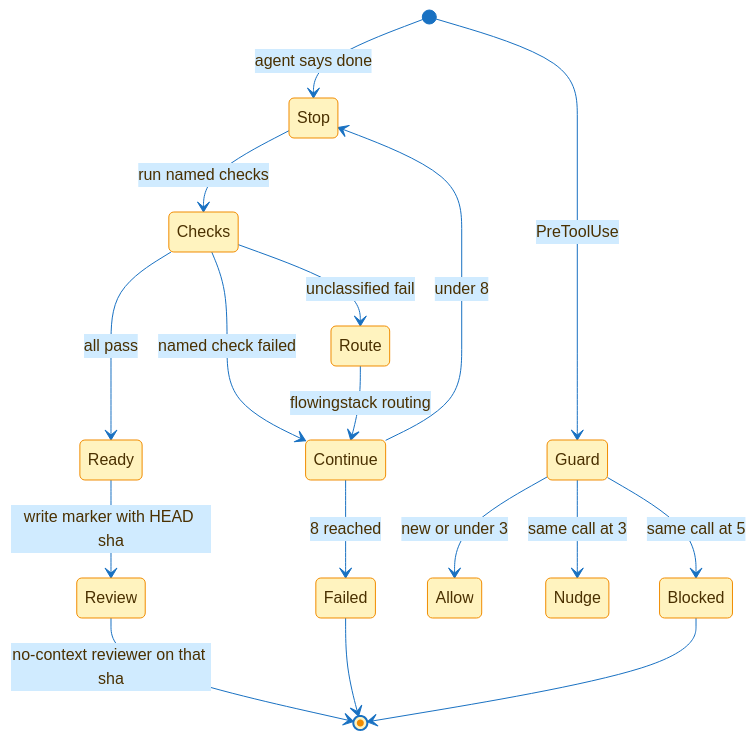
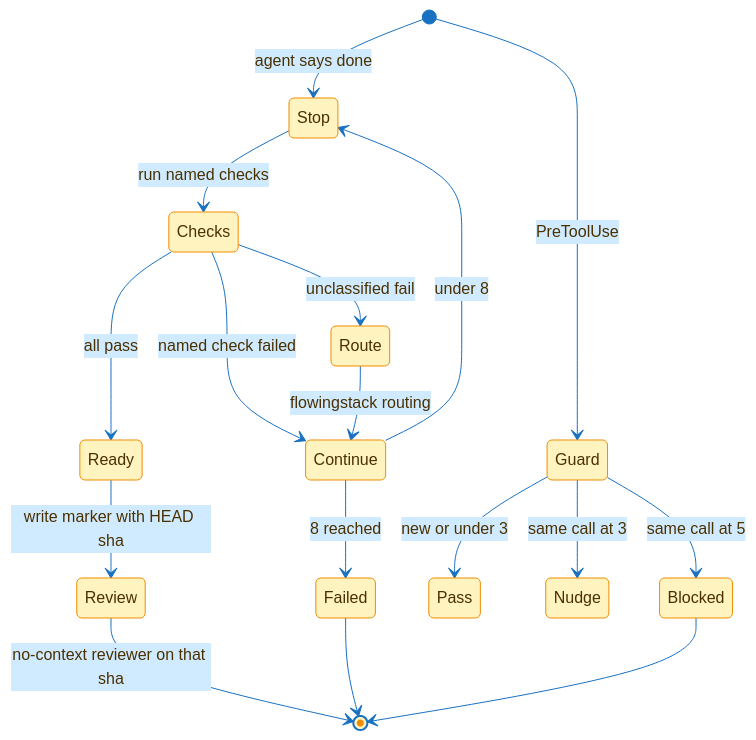
The first of 3 diagrams in marketplaces/cursor/flowingstack/docs/verify-hooks.md (thecuriousts/ensembly), drawn with Mermaid before and after one commit. The commit also changed other lines of this file and 9 other files, not shown here.

First line of the commit message:
flowingstack: Grok Build hook diagrams and review fixes

````diff
--- a/marketplaces/cursor/flowingstack/docs/verify-hooks.md
+++ b/marketplaces/cursor/flowingstack/docs/verify-hooks.md
@@ -3,20 +3,20 @@
 ```mermaid
 %%{init: {"theme": "base", "themeVariables": {"primaryColor": "#fff3bf", "primaryBorderColor": "#f08c00", "primaryTextColor": "#4a3000", "secondaryColor": "#d0ebff", "tertiaryColor": "#d3f9d8", "lineColor": "#1971c2", "fontFamily": "Inter"}}}%%
 stateDiagram-v2
   [*] --> Stop: agent says done
   Stop --> Checks: run named checks
   Checks --> Ready: all pass
   Ready --> Review: write marker with HEAD sha
   Review --> [*]: no-context reviewer on that sha
   Checks --> Continue: named check failed
   Checks --> Route: unclassified fail
   Route --> Continue: flowingstack routing
   Continue --> Stop: under 8
   Continue --> Failed: 8 reached
   Failed --> [*]
   [*] --> Guard: PreToolUse
-  Guard --> Allow: new or under 3
+  Guard --> Pass: new or under 3
   Guard --> Nudge: same call at 3
   Guard --> Blocked: same call at 5
   Blocked --> [*]
 ```
````
